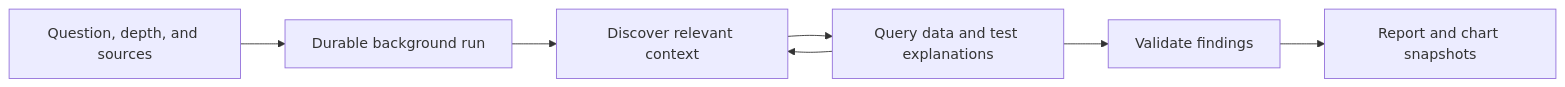
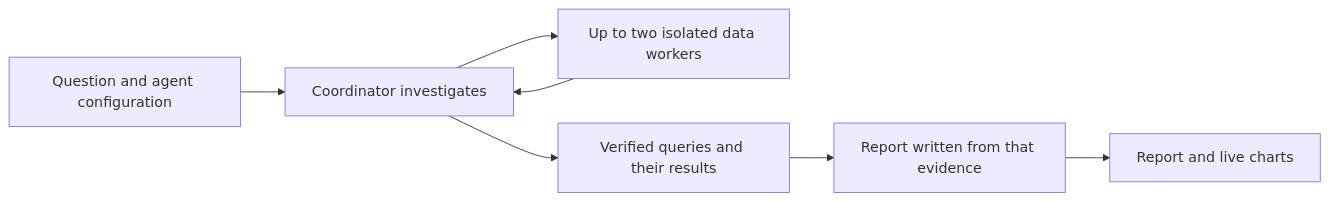
One commit to lightdash/mintlify-docs changed the diagram in agents/deep-research.mdx. Above: the diagram before and after it, drawn with Mermaid. The commit also changed other lines of this file and 1 other file, not shown here.

First line of the commit message:
docs(agents): refresh deep research for the bounded coordinator

````diff
--- a/agents/deep-research.mdx
+++ b/agents/deep-research.mdx
@@ -42,9 +42,9 @@
 ```mermaid
 flowchart LR
-    A["Question, depth, and sources"] --> B["Durable background run"]
-    B --> C["Discover relevant context"]
-    C --> D["Query data and test explanations"]
-    D --> C
-    D --> E["Validate findings"]
-    E --> F["Report and chart snapshots"]
+    A["Question and agent configuration"] --> B["Coordinator investigates"]
+    B --> C["Up to two isolated data workers"]
+    C --> B
+    B --> D["Verified queries and their results"]
+    D --> E["Report written from that evidence"]
+    E --> F["Report and live charts"]
 ```
````
